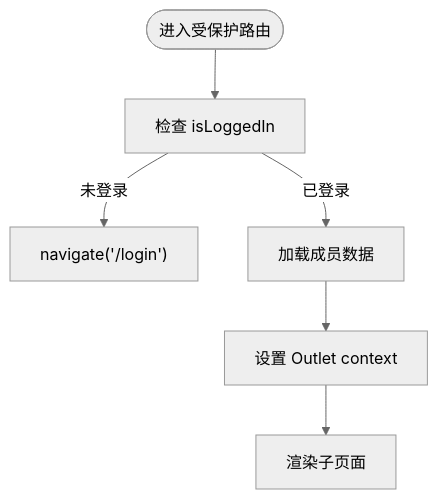
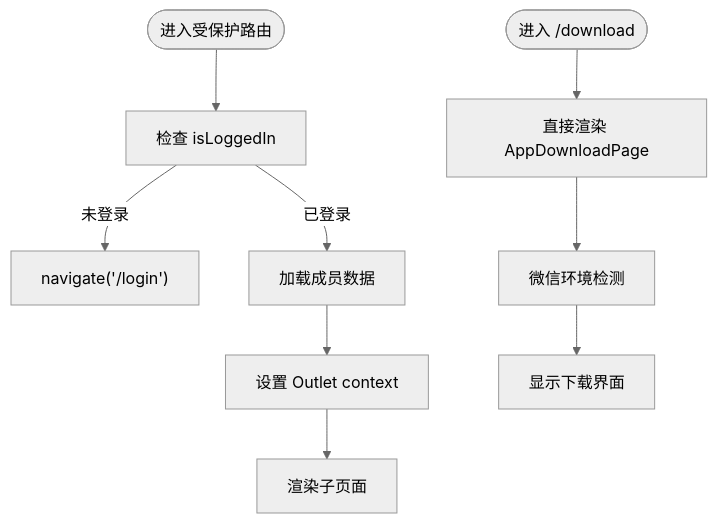
One commit to BlackWhiteBlock/med-vault-website changed the fifth of 8 diagrams in .qoder/repowiki/zh/content/架构设计/路由系统设计.md. Above: the diagram before and after it, drawn with Mermaid (neutral theme). The commit also changed other lines of this file and 14 other files, not shown here.

````diff
--- a/.qoder/repowiki/zh/content/架构设计/路由系统设计.md
+++ b/.qoder/repowiki/zh/content/架构设计/路由系统设计.md
@@ -203,8 +216,11 @@
 ```mermaid
 flowchart TD
 Enter(["进入受保护路由"]) --> Check["检查 isLoggedIn"]
 Check --> |未登录| ToLogin["navigate('/login')"]
 Check --> |已登录| LoadData["加载成员数据"]
 LoadData --> SetContext["设置 Outlet context"]
 SetContext --> Render["渲染子页面"]
+DownloadEnter(["进入 /download"]) --> DirectRender["直接渲染 AppDownloadPage"]
+DirectRender --> WechatCheck["微信环境检测"]
+WechatCheck --> ShowContent["显示下载界面"]
 ```
````
